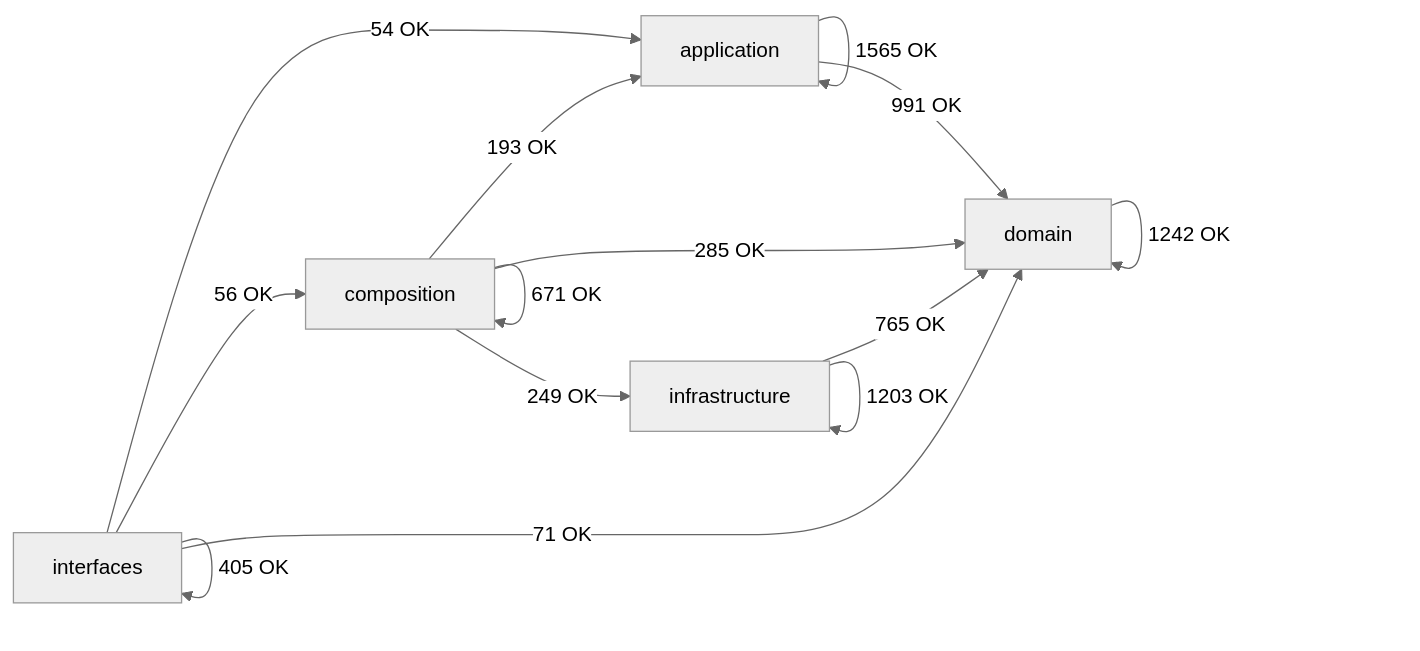
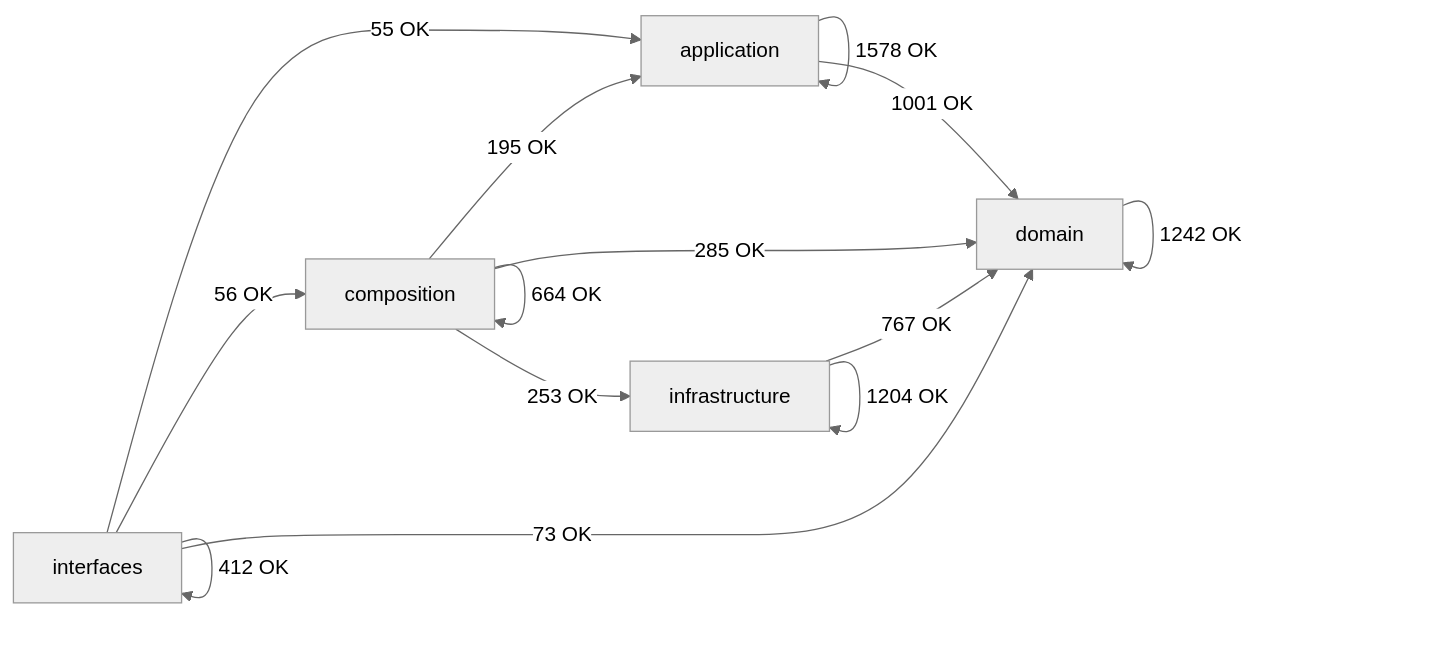
Before and after one commit to SatoryKono/BioactivityDataAcquisition: the diagram in docs/02-architecture/generated/module-dependency-map.md, drawn with Mermaid (neutral theme). The commit also changed other lines of this file and 116 other files, not shown here.

````diff
--- a/docs/02-architecture/generated/module-dependency-map.md
+++ b/docs/02-architecture/generated/module-dependency-map.md
@@ -17,21 +17,21 @@
 ```mermaid
 flowchart LR
     domain[domain]
     application[application]
     infrastructure[infrastructure]
     composition[composition]
     interfaces[interfaces]
-    application -->|1565 OK| application
-    application -->|991 OK| domain
-    composition -->|193 OK| application
-    composition -->|671 OK| composition
+    application -->|1578 OK| application
+    application -->|1001 OK| domain
+    composition -->|195 OK| application
+    composition -->|664 OK| composition
     composition -->|285 OK| domain
-    composition -->|249 OK| infrastructure
+    composition -->|253 OK| infrastructure
     domain -->|1242 OK| domain
-    infrastructure -->|765 OK| domain
-    infrastructure -->|1203 OK| infrastructure
-    interfaces -->|54 OK| application
+    infrastructure -->|767 OK| domain
+    infrastructure -->|1204 OK| infrastructure
+    interfaces -->|55 OK| application
     interfaces -->|56 OK| composition
-    interfaces -->|71 OK| domain
-    interfaces -->|405 OK| interfaces
+    interfaces -->|73 OK| domain
+    interfaces -->|412 OK| interfaces
 ```
````
